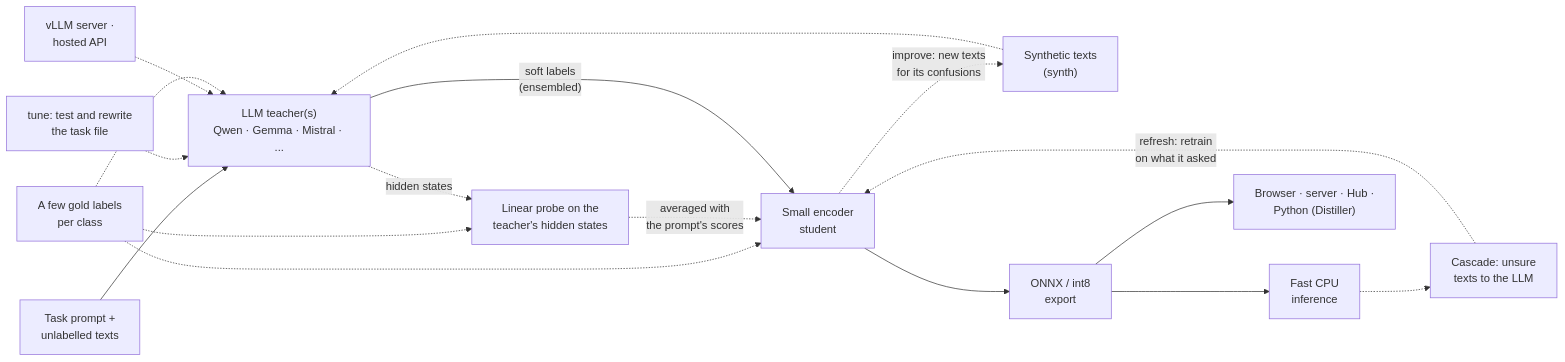
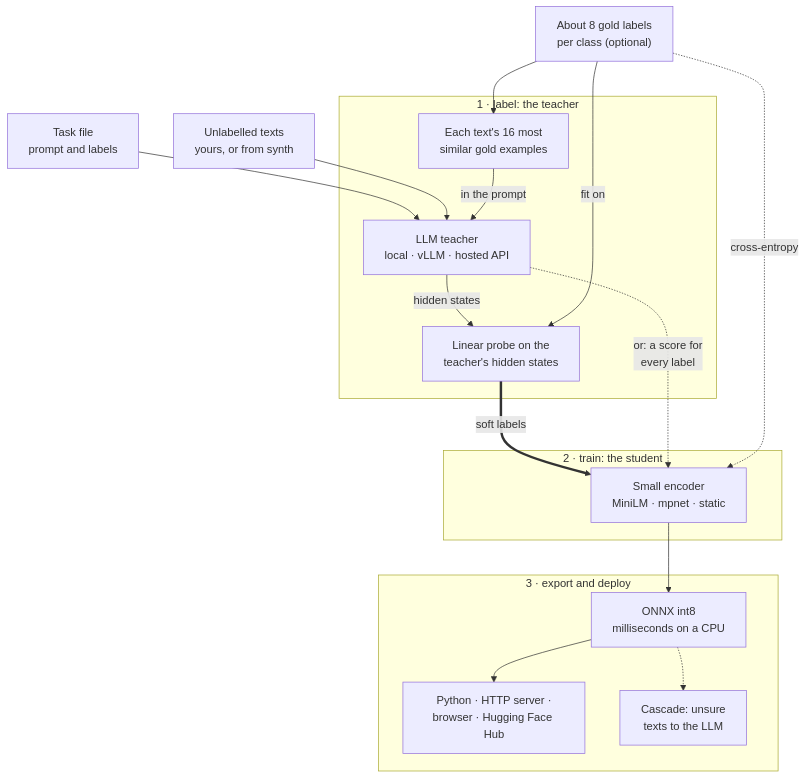
The diagram in docs/index.md (Andreas-Hum/tinydistill), drawn with Mermaid before and after one commit. The commit also changed other lines of this file and 1 other file, not shown here.

Commit message:
docs : a larger workflow diagram, top to bottom in three stages

````diff
--- a/docs/index.md
+++ b/docs/index.md
@@ -56,19 +56,31 @@
 ```mermaid
-flowchart LR
-    A["Task prompt +<br/>unlabelled texts"] --> B["LLM teacher(s)<br/>Qwen · Gemma · Mistral · ..."]
-    T["tune: test and rewrite<br/>the task file"] -.-> B
-    S["Synthetic texts<br/>(synth)"] -.-> B
-    V["vLLM server ·<br/>hosted API"] -.-> B
-    K["A few gold labels<br/>per class"] -.-> B
-    K -.-> C
-    K -.-> P["Linear probe on the<br/>teacher's hidden states"]
-    B -. "hidden states" .-> P
-    P -. "averaged with<br/>the prompt's scores" .-> C
-    B -- "soft labels<br/>(ensembled)" --> C["Small encoder<br/>student"]
-    C --> D["ONNX / int8<br/>export"]
-    D --> E["Fast CPU<br/>inference"]
-    D --> W["Browser · server · Hub ·<br/>Python (Distiller)"]
-    E -.-> F["Cascade: unsure<br/>texts to the LLM"]
-    F -. "refresh: retrain<br/>on what it asked" .-> C
-    C -. "improve: new texts<br/>for its confusions" .-> S
+flowchart TB
+    A["Task file<br/>prompt and labels"]
+    U["Unlabelled texts<br/>yours, or from synth"]
+    K["About 8 gold labels<br/>per class (optional)"]
+    subgraph LABEL["1 · label: the teacher"]
+        R["Each text's 16 most<br/>similar gold examples"]
+        B["LLM teacher<br/>local · vLLM · hosted API"]
+        P["Linear probe on the<br/>teacher's hidden states"]
+    end
+    subgraph TRAIN["2 · train: the student"]
+        C["Small encoder<br/>MiniLM · mpnet · static"]
+    end
+    subgraph SHIP["3 · export and deploy"]
+        D["ONNX int8<br/>milliseconds on a CPU"]
+        E["Python · HTTP server ·<br/>browser · Hugging Face Hub"]
+        F["Cascade: unsure<br/>texts to the LLM"]
+    end
+    A --> B
+    U --> B
+    K --> R
+    R -- "in the prompt" --> B
+    B -- "hidden states" --> P
+    K -- "fit on" --> P
+    P == "soft labels" ==> C
+    B -. "or: a score for<br/>every label" .-> C
+    K -. "cross-entropy" .-> C
+    C --> D
+    D --> E
+    D -.-> F
 ```
````
